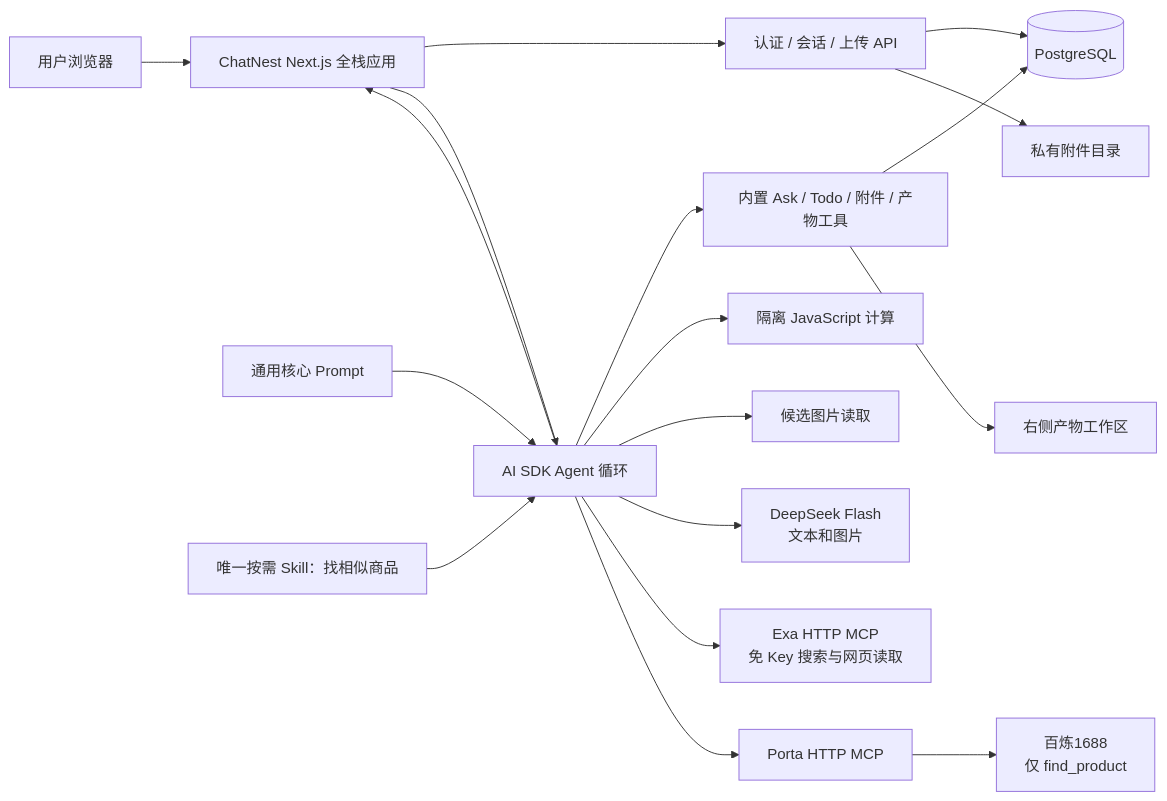
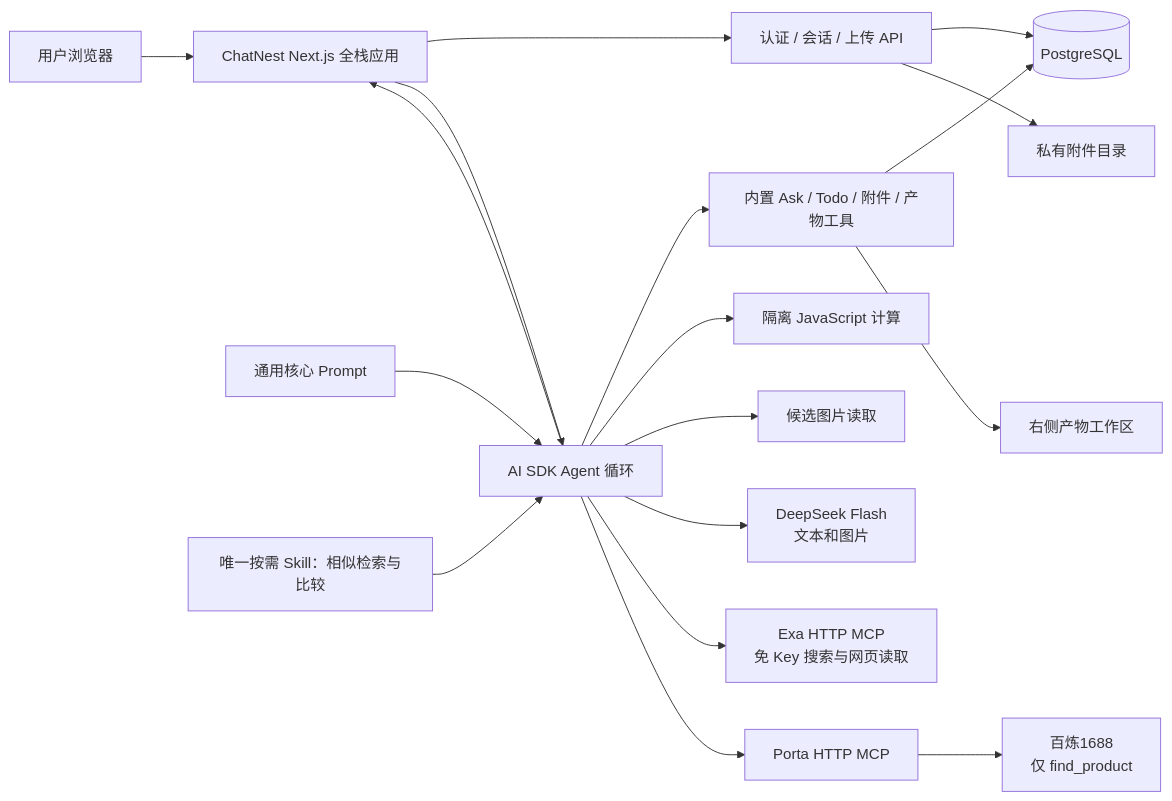
The diagram in docs/CODEBASE_MAP.md (nodetime/chatnest), drawn with Mermaid before and after one commit. The commit also changed other lines of this file and 9 other files, not shown here.

````diff
--- a/docs/CODEBASE_MAP.md
+++ b/docs/CODEBASE_MAP.md
@@ -13,20 +13,20 @@
 ```mermaid
 flowchart LR
   U[用户浏览器] --> N[ChatNest Next.js 全栈应用]
   N --> A[认证 / 会话 / 上传 API]
   A --> D[(PostgreSQL)]
   A --> F[私有附件目录]
   N --> L[AI SDK Agent 循环]
   P[通用核心 Prompt] --> L
-  S[唯一按需 Skill：找相似商品] --> L
+  S[唯一按需 Skill：相似检索与比较] --> L
   L --> Q[内置 Ask / Todo / 附件 / 产物工具]
   L --> J[隔离 JavaScript 计算]
   L --> I[候选图片读取]
   Q --> D
   Q --> W[右侧产物工作区]
   L --> M["DeepSeek Flash<br/>文本和图片"]
   L --> X["Exa HTTP MCP<br/>免 Key 搜索与网页读取"]
   L --> R["Porta HTTP MCP"]
   R --> B["百炼1688<br/>仅 find_product"]
   L --> N
 ```
````
